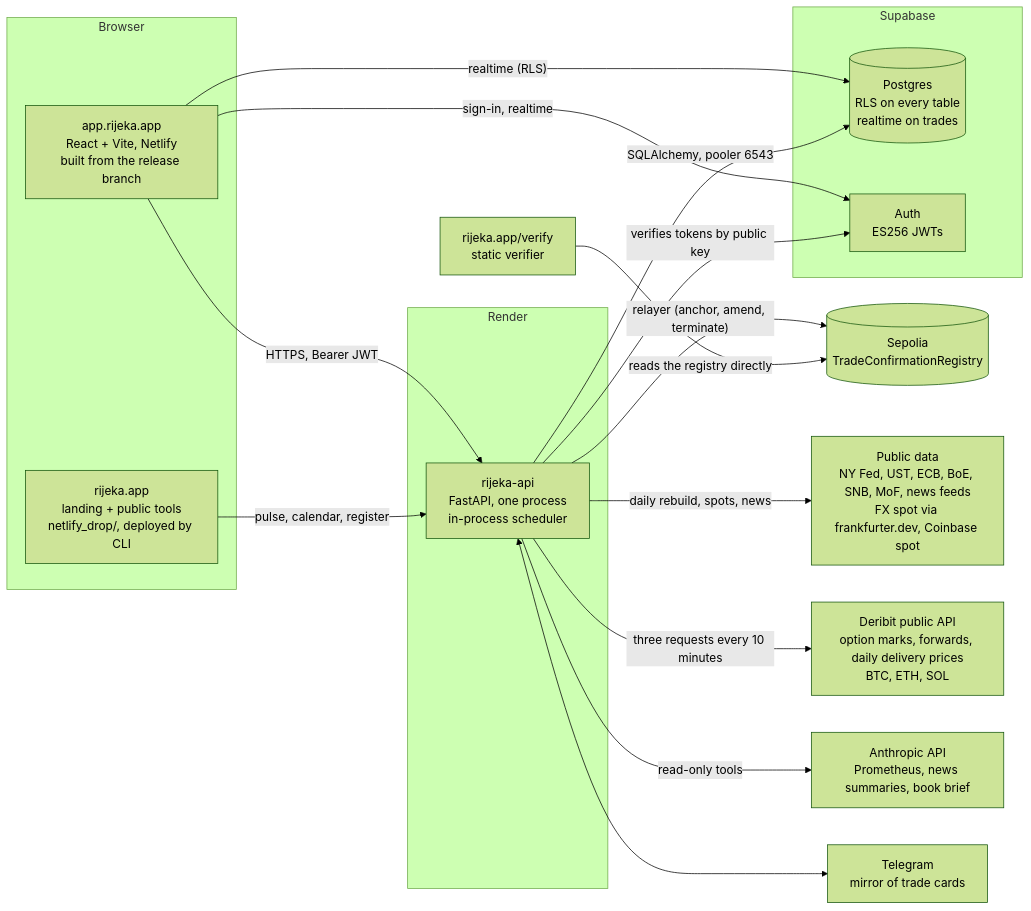
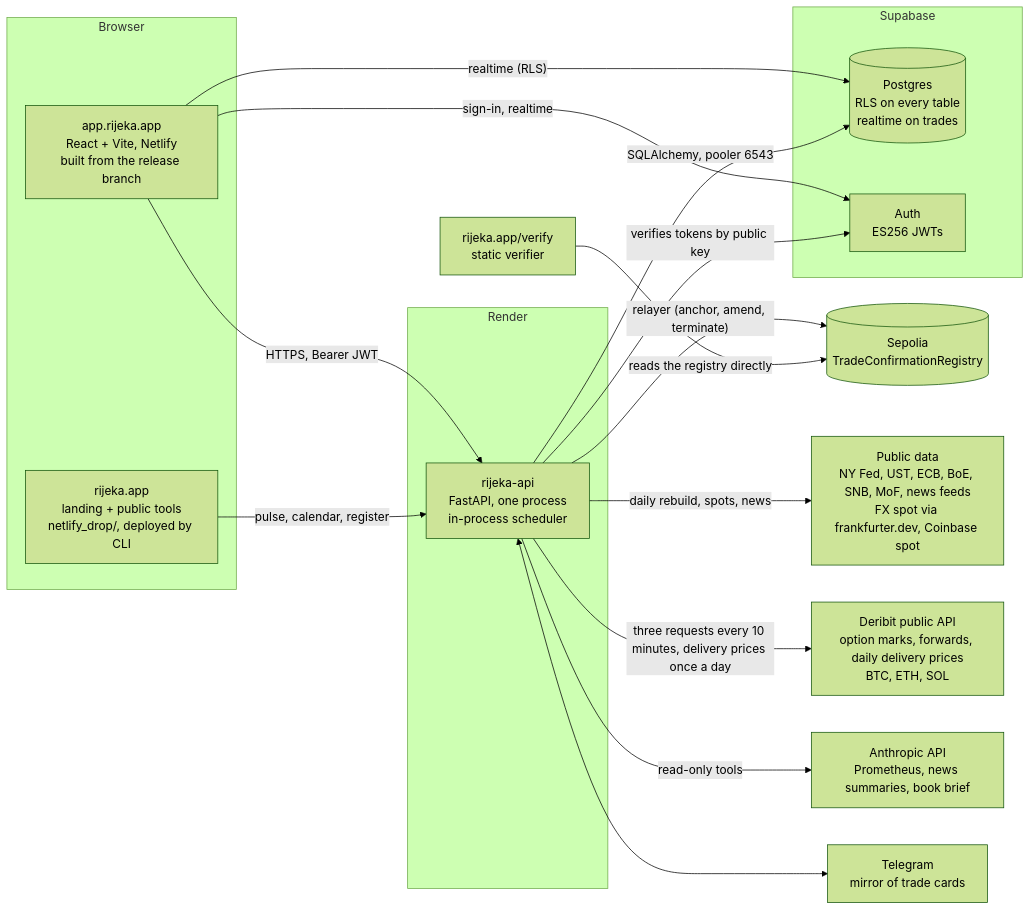
The diagram in docs/architecture.md (MikoDevedzic/rijeka), drawn with Mermaid (forest theme) before and after one commit. The commit also changed other lines of this file and 57 other files, not shown here.

````diff
--- a/docs/architecture.md
+++ b/docs/architecture.md
@@ -9,31 +9,31 @@
 ```mermaid
 flowchart LR
   subgraph Browser
     APP[app.rijeka.app<br/>React + Vite, Netlify<br/>built from the release branch]
     LAND[rijeka.app<br/>landing + public tools<br/>netlify_drop/, deployed by CLI]
   end
   subgraph Render
     API[rijeka-api<br/>FastAPI, one process<br/>in-process scheduler]
   end
   subgraph Supabase
     PG[(Postgres<br/>RLS on every table<br/>realtime on trades)]
     AUTH[Auth<br/>ES256 JWTs]
   end
   CHAIN[(Sepolia<br/>TradeConfirmationRegistry)]
   PUB[Public data<br/>NY Fed, UST, ECB, BoE, SNB, MoF, news feeds<br/>FX spot via frankfurter.dev, Coinbase spot]
   VENUE[Deribit public API<br/>option marks, forwards, daily delivery prices<br/>BTC, ETH, SOL]
   ANTH[Anthropic API<br/>Prometheus, news summaries, book brief]
   TG[Telegram<br/>mirror of trade cards]
   APP -- "HTTPS, Bearer JWT" --> API
   APP -- "sign-in, realtime" --> AUTH
   APP -- "realtime (RLS)" --> PG
   API -- "SQLAlchemy, pooler 6543" --> PG
   API -- "verifies tokens by public key" --> AUTH
   API -- "relayer (anchor, amend, terminate)" --> CHAIN
   API -- "daily rebuild, spots, news" --> PUB
-  API -- "three requests every 10 minutes" --> VENUE
+  API -- "three requests every 10 minutes, delivery prices once a day" --> VENUE
   API -- "read-only tools" --> ANTH
   API <--> TG
   LAND -- "pulse, calendar, register" --> API
   VERIFY[rijeka.app/verify<br/>static verifier] -- "reads the registry directly" --> CHAIN
 ```
````
